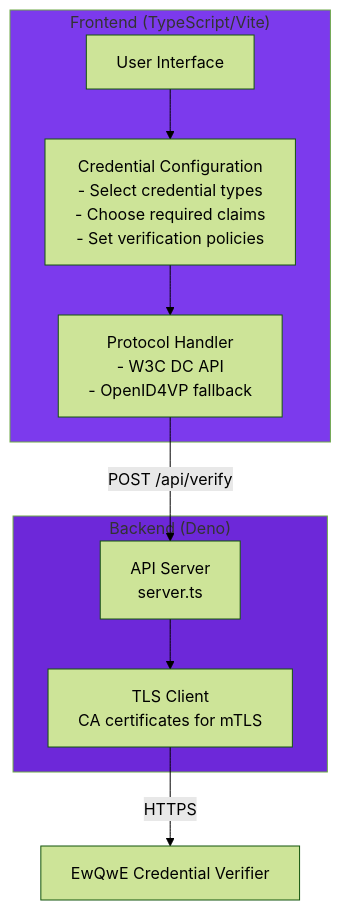
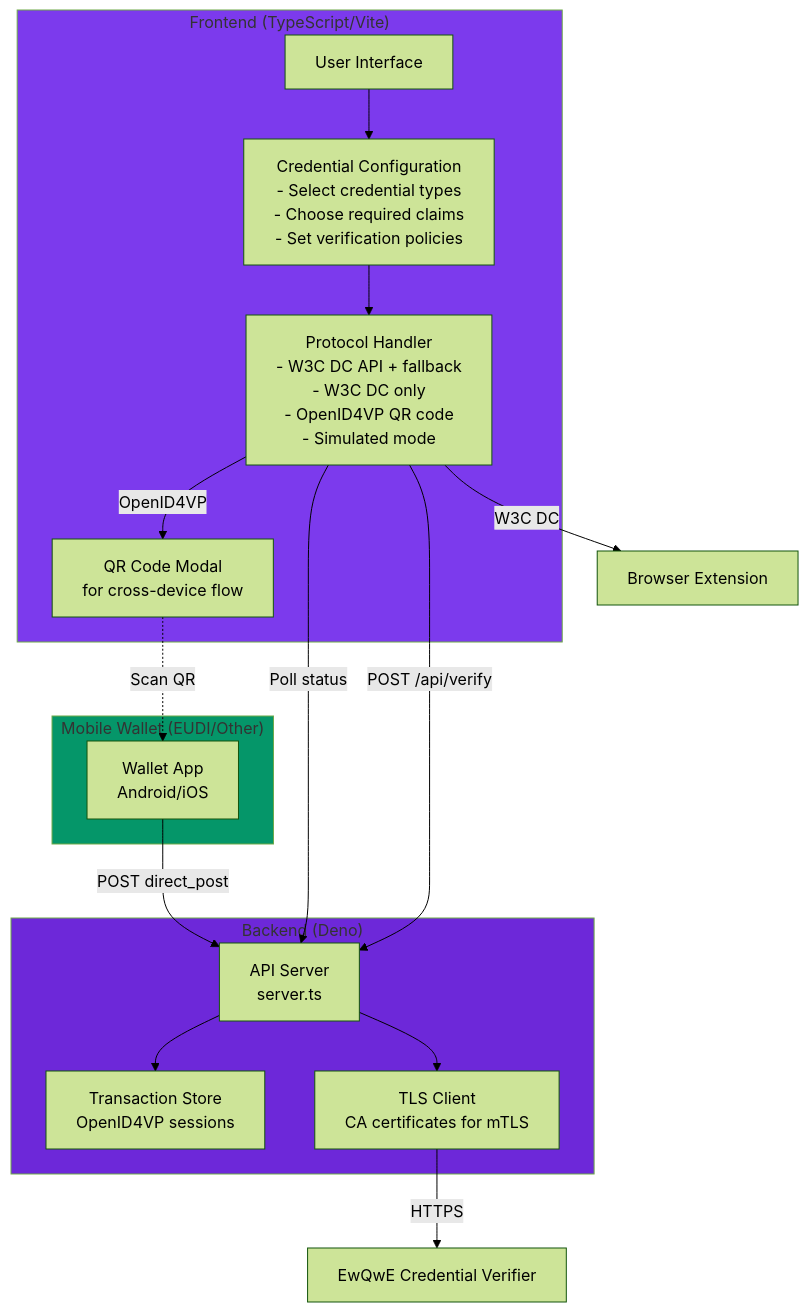
One commit to rd-ewqwe/ewqwe-identity changed the first of 3 diagrams in documentation/src/demo_webapp.md. Above: the diagram before and after it, drawn with Mermaid (forest theme). The commit also changed other lines of this file and 5 other files, not shown here.

````diff
--- a/documentation/src/demo_webapp.md
+++ b/documentation/src/demo_webapp.md
@@ -15,22 +21,35 @@
 ```mermaid
 flowchart TB
     subgraph Frontend["Frontend (TypeScript/Vite)"]
         UI[User Interface]
         CredConfig[Credential Configuration<br/>- Select credential types<br/>- Choose required claims<br/>- Set verification policies]
-        Protocol[Protocol Handler<br/>- W3C DC API<br/>- OpenID4VP fallback]
+        Protocol[Protocol Handler<br/>- W3C DC API + fallback<br/>- W3C DC only<br/>- OpenID4VP QR code<br/>- Simulated mode]
+        QRModal[QR Code Modal<br/>for cross-device flow]
     end
     
     subgraph Backend["Backend (Deno)"]
         APIServer[API Server<br/>server.ts]
+        TxStore[Transaction Store<br/>OpenID4VP sessions]
         TLSClient[TLS Client<br/>CA certificates for mTLS]
+    end
+    
+    subgraph MobileWallet["Mobile Wallet (EUDI/Other)"]
+        WalletApp[Wallet App<br/>Android/iOS]
     end
     
     UI --> CredConfig
     CredConfig --> Protocol
+    Protocol -->|W3C DC| BrowserExt[Browser Extension]
+    Protocol -->|OpenID4VP| QRModal
+    QRModal -.->|Scan QR| WalletApp
+    WalletApp -->|POST direct_post| APIServer
+    Protocol -->|Poll status| APIServer
+    APIServer --> TxStore
     Protocol -->|POST /api/verify| APIServer
     APIServer --> TLSClient
     TLSClient -->|HTTPS| CredVerifier[EwQwE Credential Verifier]
     
     style Frontend fill:#7c3aed
     style Backend fill:#6d28d9
+    style MobileWallet fill:#059669
 ```
````
